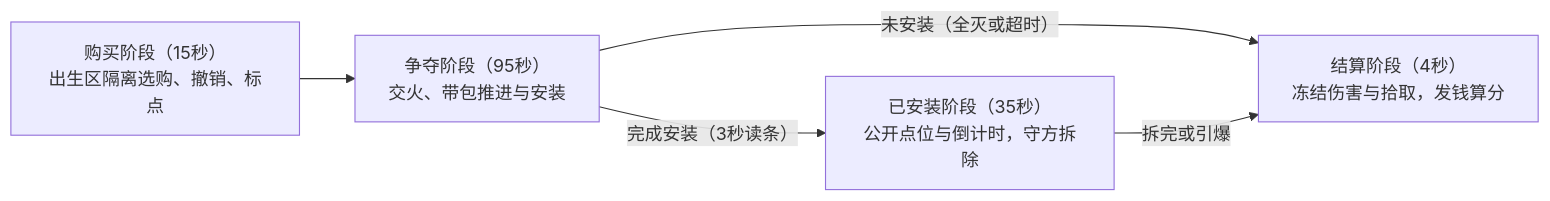
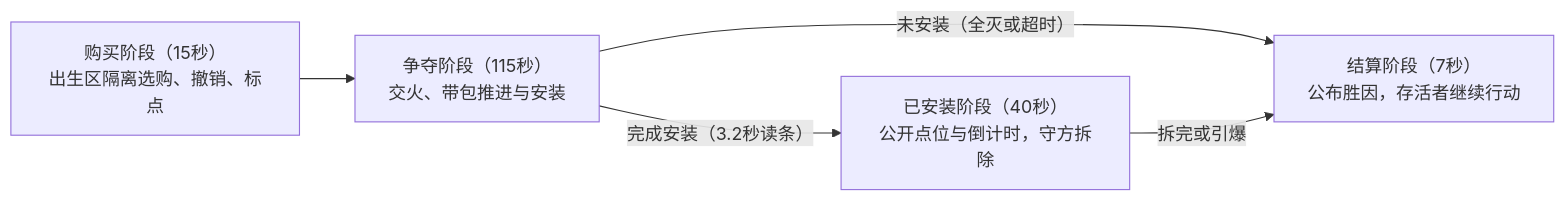
One commit to KAYUKI-one/AnimeCS changed the diagram in Design/01-比赛/赛制与首图.md. Above: the diagram before and after it, drawn with Mermaid. The commit also changed other lines of this file and 2606 other files, not shown here.

````diff
--- a/Design/01-比赛/赛制与首图.md
+++ b/Design/01-比赛/赛制与首图.md
@@ -38,7 +38,7 @@
 ```mermaid
 flowchart LR
-    P1["购买阶段（15秒）<br/>出生区隔离选购、撤销、标点"] --> P2["争夺阶段（95秒）<br/>交火、带包推进与安装"]
-    P2 -- "未安装（全灭或超时）" --> P4["结算阶段（4秒）<br/>冻结伤害与拾取，发钱算分"]
-    P2 -- "完成安装（3秒读条）" --> P3["已安装阶段（35秒）<br/>公开点位与倒计时，守方拆除"]
+    P1["购买阶段（15秒）<br/>出生区隔离选购、撤销、标点"] --> P2["争夺阶段（115秒）<br/>交火、带包推进与安装"]
+    P2 -- "未安装（全灭或超时）" --> P4["结算阶段（7秒）<br/>公布胜因，存活者继续行动"]
+    P2 -- "完成安装（3.2秒读条）" --> P3["已安装阶段（40秒）<br/>公开点位与倒计时，守方拆除"]
     P3 -- "拆完或引爆" --> P4
 ```
````
